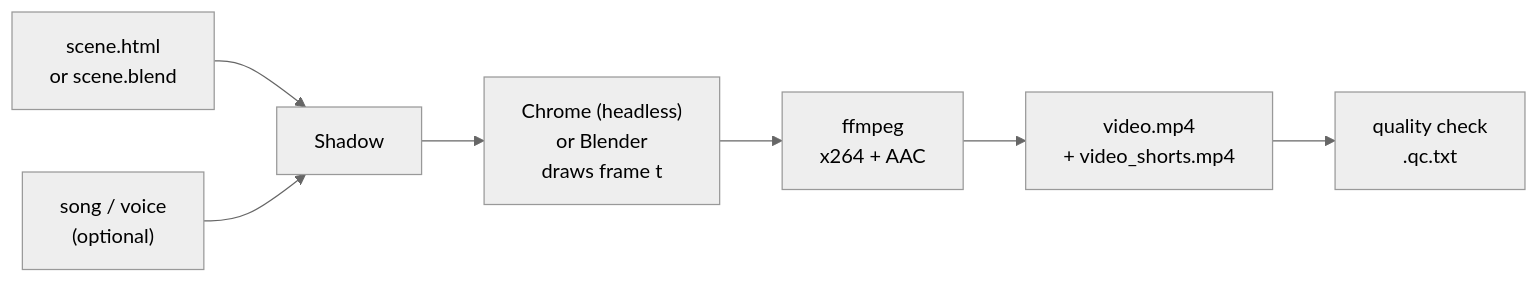
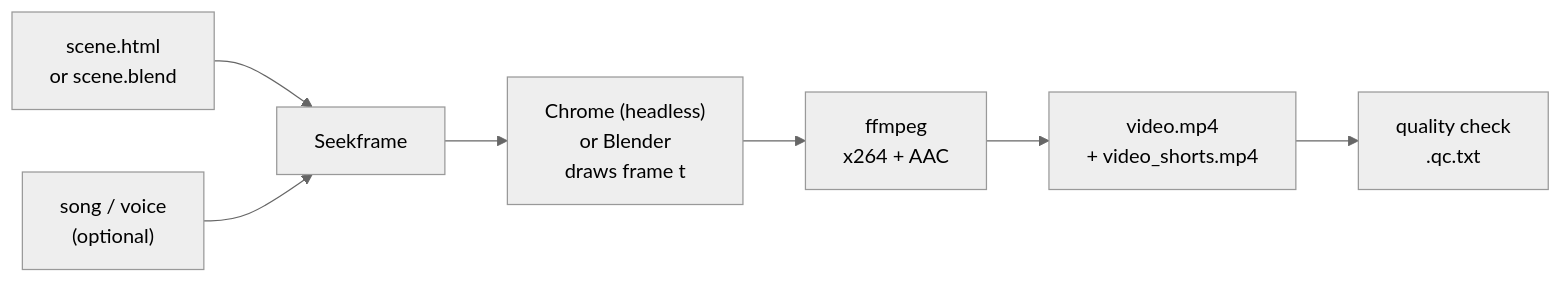
One commit to Reemon88IQ/shadow changed the diagram in README.md. Above: the diagram before and after it, drawn with Mermaid (neutral theme). The commit also changed other lines of this file and 48 other files, not shown here.

Commit message:
Seekframe 3.25: Shadow is now Seekframe (new name, same app)

````diff
--- a/README.md
+++ b/README.md
@@ -95,9 +95,9 @@
 ```mermaid
 flowchart LR
-  A["scene.html<br>or scene.blend"] --> B["Shadow"]
+  A["scene.html<br>or scene.blend"] --> B["Seekframe"]
   S["song / voice<br>(optional)"] --> B
   B --> C["Chrome (headless)<br>or Blender<br>draws frame t"]
   C --> D["ffmpeg<br>x264 + AAC"]
   D --> E["video.mp4<br>+ video_shorts.mp4"]
   E --> F["quality check<br>.qc.txt"]
 ```
````
